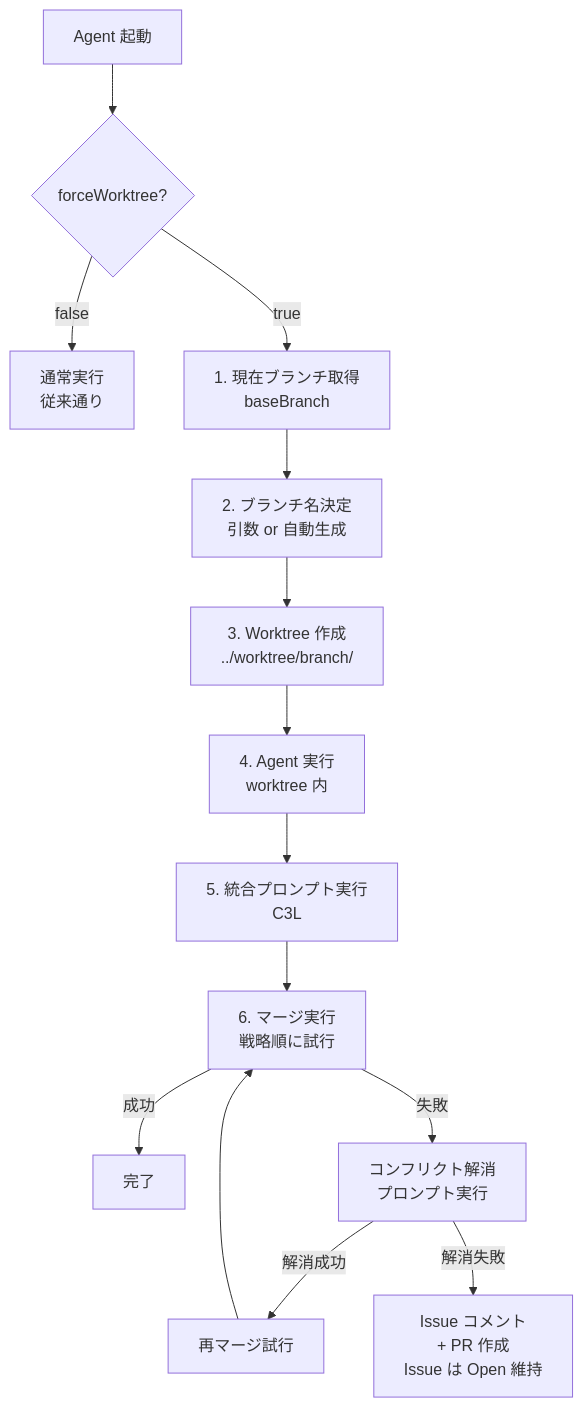
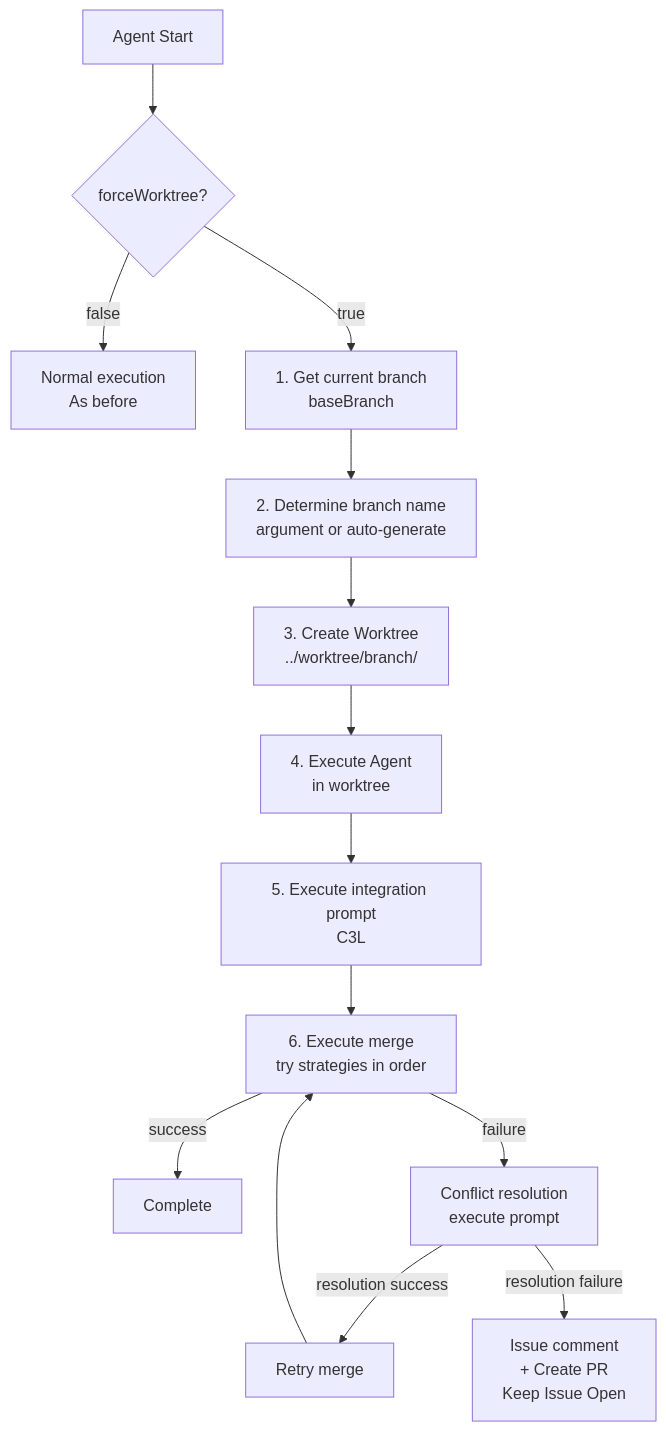
Before and after one commit to tettuan/climpt: the first of 2 diagrams in docs/internal/worktree-design.md, drawn with Mermaid. The commit also changed other lines of this file and 21 other files, not shown here.

````diff
--- a/docs/internal/worktree-design.md
+++ b/docs/internal/worktree-design.md
@@ -32,21 +30,21 @@
 ```mermaid
 flowchart TD
-    A[Agent 起動] --> B{forceWorktree?}
+    A[Agent Start] --> B{forceWorktree?}
 
-    B -->|false| C[通常実行<br/>従来通り]
+    B -->|false| C[Normal execution<br/>As before]
 
-    B -->|true| D[1. 現在ブランチ取得<br/>baseBranch]
-    D --> E[2. ブランチ名決定<br/>引数 or 自動生成]
-    E --> F[3. Worktree 作成<br/>../worktree/branch/]
-    F --> G[4. Agent 実行<br/>worktree 内]
-    G --> H[5. 統合プロンプト実行<br/>C3L]
-    H --> I[6. マージ実行<br/>戦略順に試行]
+    B -->|true| D[1. Get current branch<br/>baseBranch]
+    D --> E[2. Determine branch name<br/>argument or auto-generate]
+    E --> F[3. Create Worktree<br/>../worktree/branch/]
+    F --> G[4. Execute Agent<br/>in worktree]
+    G --> H[5. Execute integration prompt<br/>C3L]
+    H --> I[6. Execute merge<br/>try strategies in order]
 
-    I -->|成功| J[完了]
-    I -->|失敗| K[コンフリクト解消<br/>プロンプト実行]
+    I -->|success| J[Complete]
+    I -->|failure| K[Conflict resolution<br/>execute prompt]
 
-    K -->|解消成功| L[再マージ試行]
+    K -->|resolution success| L[Retry merge]
     L --> I
 
-    K -->|解消失敗| M[Issue コメント<br/>+ PR 作成<br/>Issue は Open 維持]
+    K -->|resolution failure| M[Issue comment<br/>+ Create PR<br/>Keep Issue Open]
 ```
````
